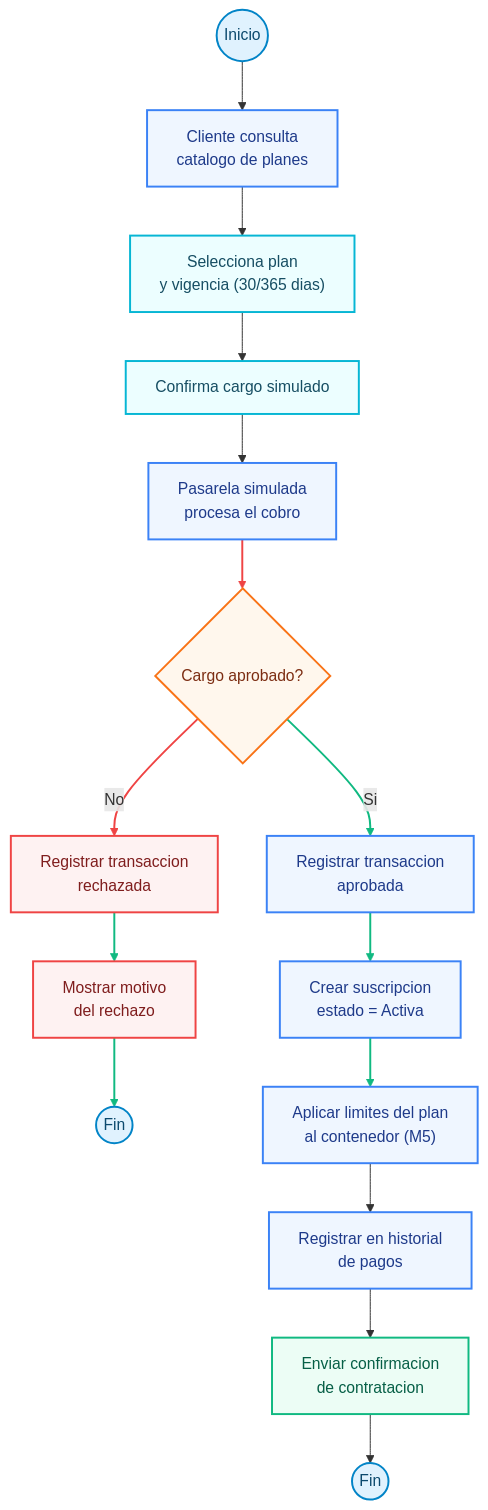
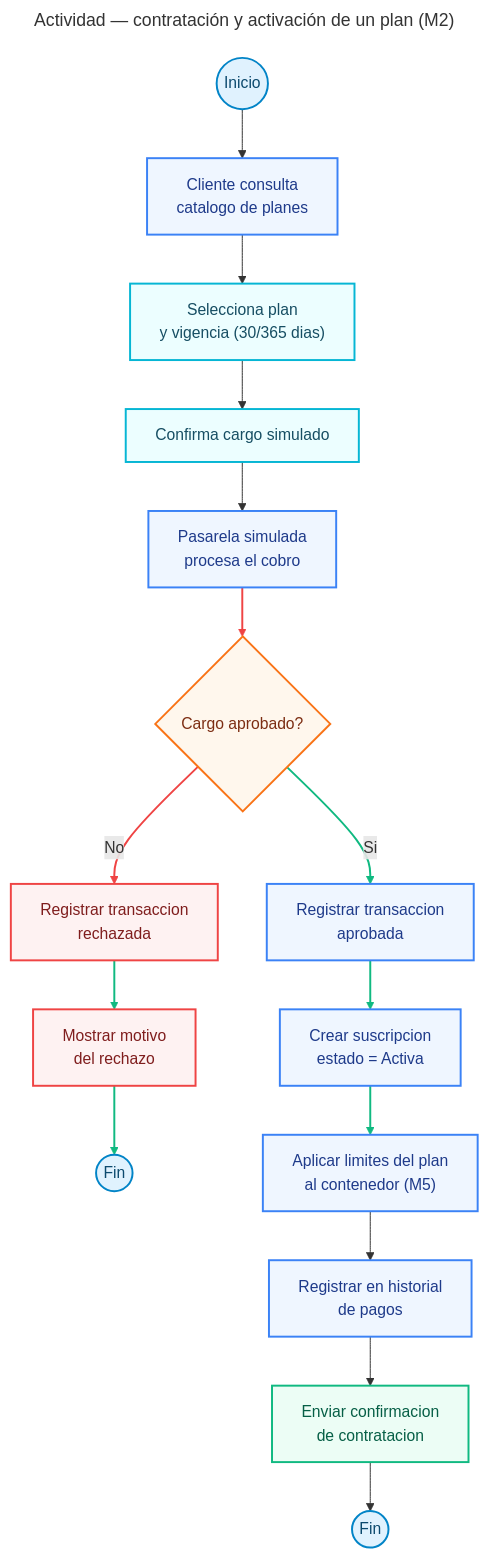
One commit to derekCmorales/deploya changed the diagram in docs/diagramas/m1-m10/m2-actividad-contratacion-activacion.mmd. Above: the diagram before and after it, drawn with Mermaid. The commit also changed 100 other files, not shown here.

```diff
--- a/docs/diagramas/m1-m10/m2-actividad-contratacion-activacion.mmd
+++ b/docs/diagramas/m1-m10/m2-actividad-contratacion-activacion.mmd
@@ -1,44 +1,47 @@
+---
+title: Actividad — contratación y activación de un plan (M2)
+---
 flowchart TB
     START(("Inicio")) --> A["Cliente consulta<br>catalogo de planes"]
     A --> B["Selecciona plan<br>y vigencia (30/365 dias)"]
     B --> C["Confirma cargo simulado"]
     C --> D["Pasarela simulada<br>procesa el cobro"]
     D --> E{"Cargo aprobado?"}
     E -- No --> F["Registrar transaccion<br>rechazada"]
     F --> G["Mostrar motivo<br>del rechazo"]
     G --> END1(("Fin"))
     E -- Si --> H["Registrar transaccion<br>aprobada"]
     H --> I["Crear suscripcion<br>estado = Activa"]
     I --> J["Aplicar limites del plan<br>al contenedor (M5)"]
     J --> K["Registrar en historial<br>de pagos"]
     K --> L["Enviar confirmacion<br>de contratacion"]
     L --> END2(("Fin"))
 
      START:::startEnd
      A:::process
      B:::input
      C:::input
      D:::process
      E:::decision
      F:::error
      G:::error
      END1:::startEnd
      H:::process
      I:::process
      J:::process
      K:::process
      L:::success
      END2:::startEnd
     classDef startEnd fill:#e0f2fe,stroke:#0284c7,stroke-width:2px,color:#0c4a6e
     classDef input fill:#ecfeff,stroke:#06b6d4,stroke-width:2px,color:#164e63
     classDef process fill:#eff6ff,stroke:#3b82f6,stroke-width:2px,color:#1e3a8a
     classDef decision fill:#fff7ed,stroke:#f97316,stroke-width:2px,color:#7c2d12
     classDef error fill:#fef2f2,stroke:#ef4444,stroke-width:2px,color:#7f1d1d
     classDef success fill:#ecfdf5,stroke:#10b981,stroke-width:2px,color:#065f46
     linkStyle 4 stroke:#ef4444,stroke-width:2px,fill:none
     linkStyle 5 stroke:#ef4444,stroke-width:2px,fill:none
     linkStyle 6 stroke:#10b981,stroke-width:2px,fill:none
     linkStyle 7 stroke:#10b981,stroke-width:2px,fill:none
     linkStyle 8 stroke:#10b981,stroke-width:2px,fill:none
     linkStyle 9 stroke:#10b981,stroke-width:2px,fill:none
     linkStyle 10 stroke:#10b981,stroke-width:2px,fill:none
```
